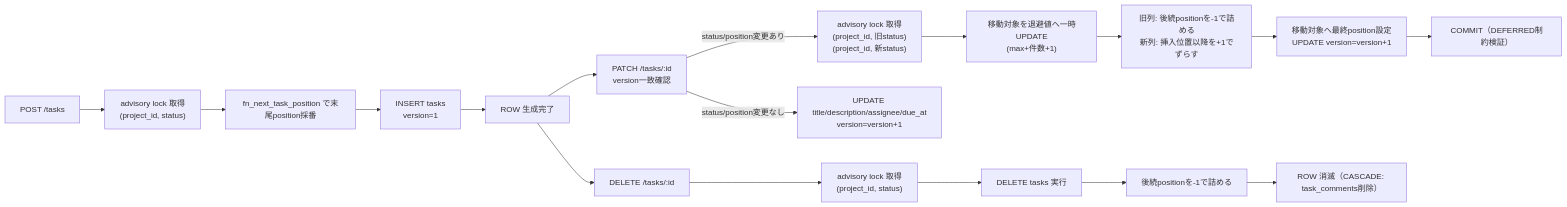
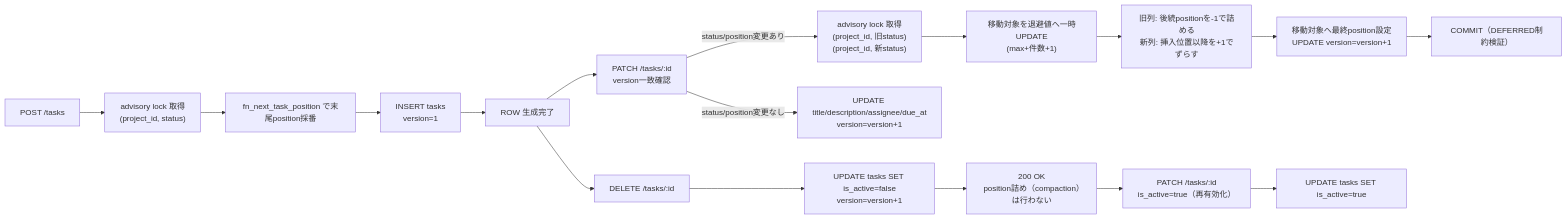
One commit to oikawa-d/task_management changed the third of 4 diagrams in detailed_design/database/06_table_tasks.md. Above: the diagram before and after it, drawn with Mermaid. The commit also changed other lines of this file and 25 other files, not shown here.

````diff
--- a/detailed_design/database/06_table_tasks.md
+++ b/detailed_design/database/06_table_tasks.md
@@ -202,22 +215,23 @@
 ```mermaid
 flowchart LR
     A["POST /tasks"] --> B["advisory lock 取得<br/>(project_id, status)"]
     B --> C["fn_next_task_position で末尾position採番"]
     C --> D["INSERT tasks<br/>version=1"]
     D --> E["ROW 生成完了"]
 
     E --> F["PATCH /tasks/:id<br/>version一致確認"]
     F -->|"status/position変更あり"| G["advisory lock 取得<br/>(project_id, 旧status)<br/>(project_id, 新status)"]
     G --> H["移動対象を退避値へ一時UPDATE<br/>(max+件数+1)"]
     H --> I["旧列: 後続positionを-1で詰める<br/>新列: 挿入位置以降を+1でずらす"]
     I --> J["移動対象へ最終position設定<br/>UPDATE version=version+1"]
     J --> K["COMMIT（DEFERRED制約検証）"]
 
     F -->|"status/position変更なし"| L["UPDATE title/description/assignee/due_at<br/>version=version+1"]
 
     E --> M["DELETE /tasks/:id"]
-    M --> N["advisory lock 取得<br/>(project_id, status)"]
-    N --> O["DELETE tasks 実行"]
-    O --> P["後続positionを-1で詰める"]
-    P --> Q["ROW 消滅（CASCADE: task_comments削除）"]
+    M --> N["UPDATE tasks SET is_active=false<br/>version=version+1"]
+    N --> O["200 OK<br/>position詰め（compaction）は行わない"]
+
+    O --> R["PATCH /tasks/:id<br/>is_active=true（再有効化）"]
+    R --> S["UPDATE tasks SET is_active=true"]
 ```
````
